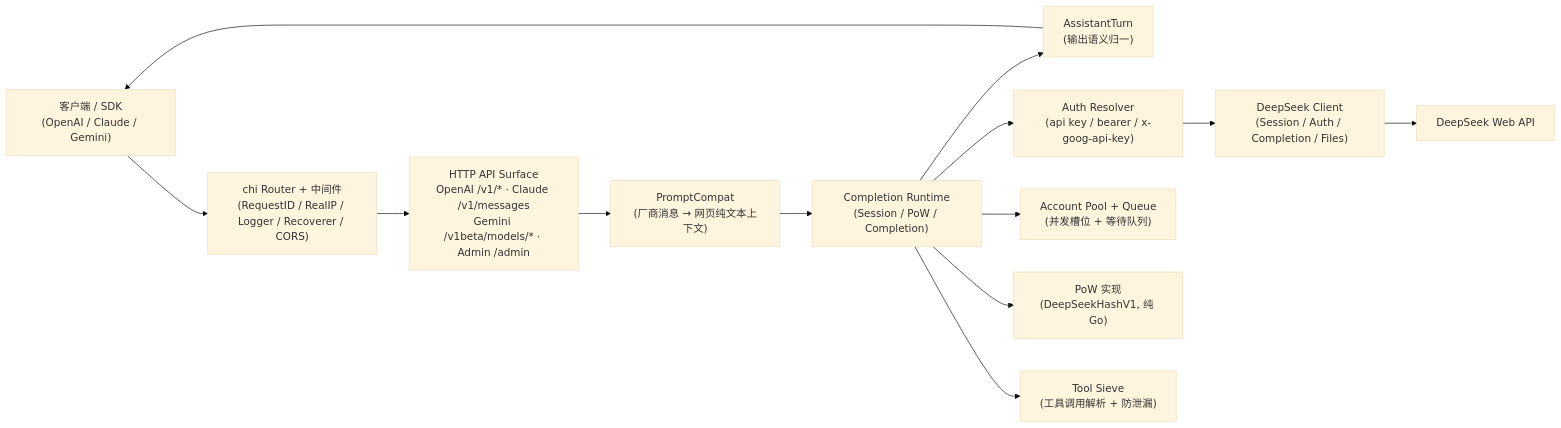
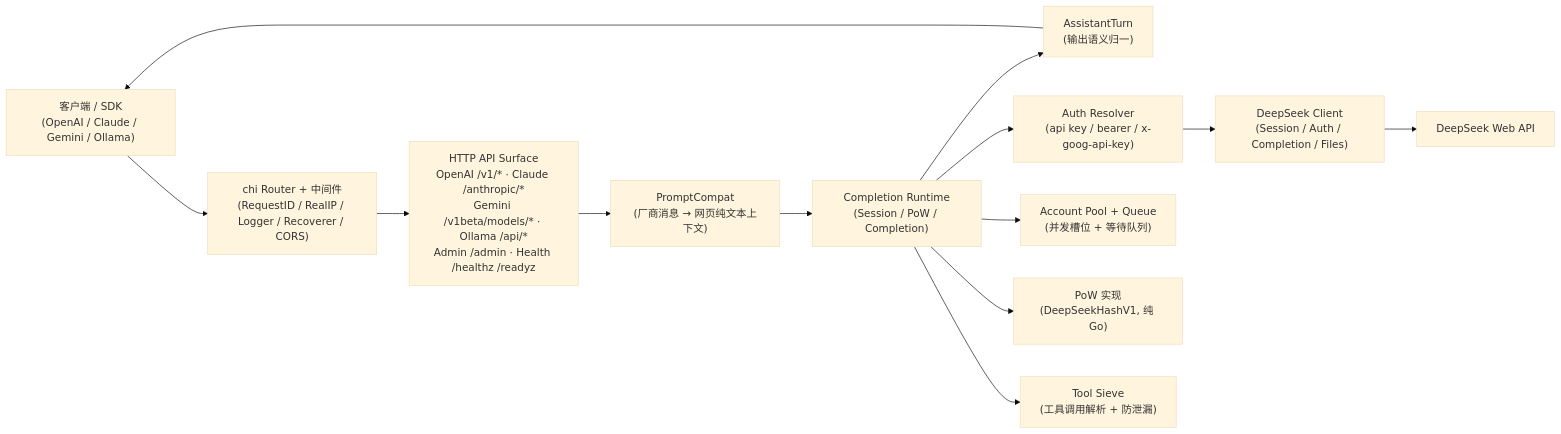
The diagram in content/posts/tech/ds2api-deepseek-api-proxy-guide.md (A1pha3/text-matrix), drawn with Mermaid (base theme) before and after one commit. The commit also changed other lines of this file and 8 other files, not shown here.

````diff
--- a/content/posts/tech/ds2api-deepseek-api-proxy-guide.md
+++ b/content/posts/tech/ds2api-deepseek-api-proxy-guide.md
@@ -29,23 +30,23 @@
 ```mermaid
 flowchart LR
-    Client["客户端 / SDK<br/>(OpenAI / Claude / Gemini)"]
+    Client["客户端 / SDK<br/>(OpenAI / Claude / Gemini / Ollama)"]
     Router["chi Router + 中间件<br/>(RequestID / RealIP / Logger / Recoverer / CORS)"]
-    HTTP["HTTP API Surface<br/>OpenAI /v1/* · Claude /v1/messages<br/>Gemini /v1beta/models/* · Admin /admin"]
+    HTTP["HTTP API Surface<br/>OpenAI /v1/* · Claude /anthropic/*<br/>Gemini /v1beta/models/* · Ollama /api/*<br/>Admin /admin · Health /healthz /readyz"]
     Compat["PromptCompat<br/>(厂商消息 → 网页纯文本上下文)"]
     Runtime["Completion Runtime<br/>(Session / PoW / Completion)"]
     Turn["AssistantTurn<br/>(输出语义归一)"]
     Auth["Auth Resolver<br/>(api key / bearer / x-goog-api-key)"]
     Pool["Account Pool + Queue<br/>(并发槽位 + 等待队列)"]
     DSClient["DeepSeek Client<br/>(Session / Auth / Completion / Files)"]
     Pow["PoW 实现<br/>(DeepSeekHashV1, 纯 Go)"]
     Tool["Tool Sieve<br/>(工具调用解析 + 防泄漏)"]
     Upstream["DeepSeek Web API"]
 
     Client --> Router --> HTTP
     HTTP --> Compat --> Runtime
     Runtime --> Turn --> Client
     Runtime --> Auth --> DSClient --> Upstream
     Runtime --> Pool
     Runtime --> Tool
     Runtime --> Pow
 ```
````
